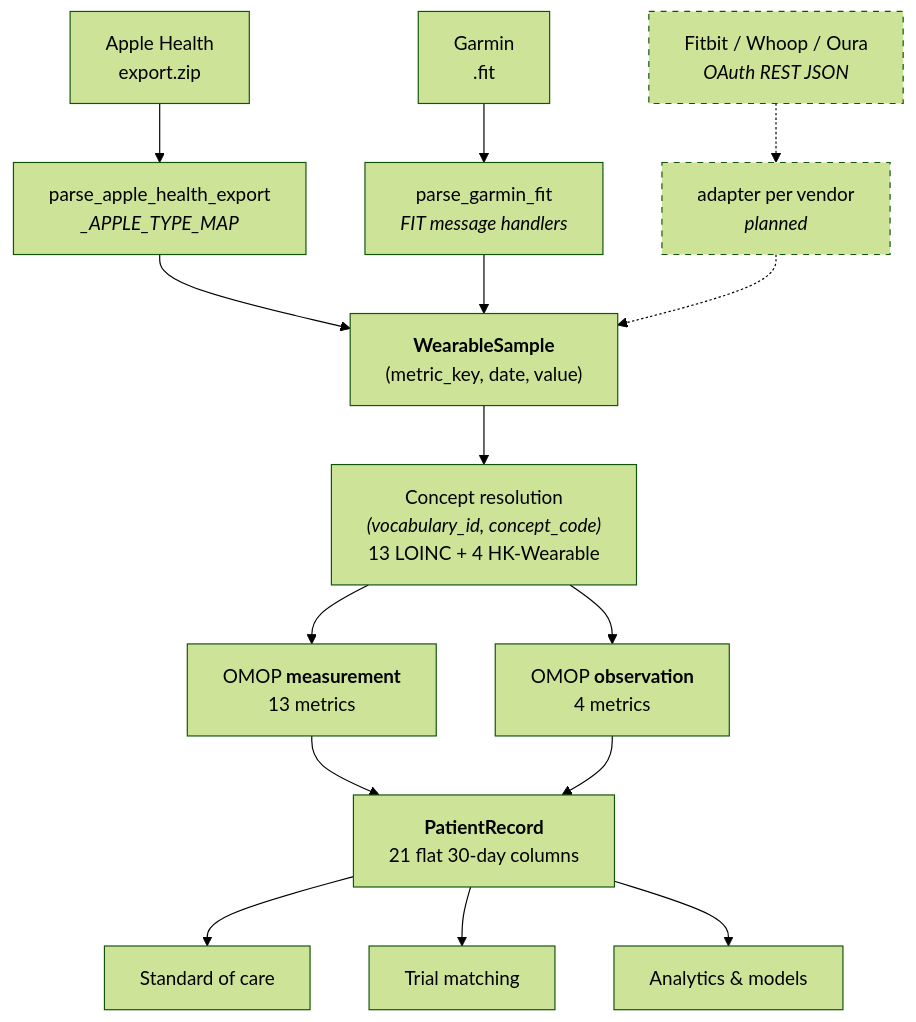
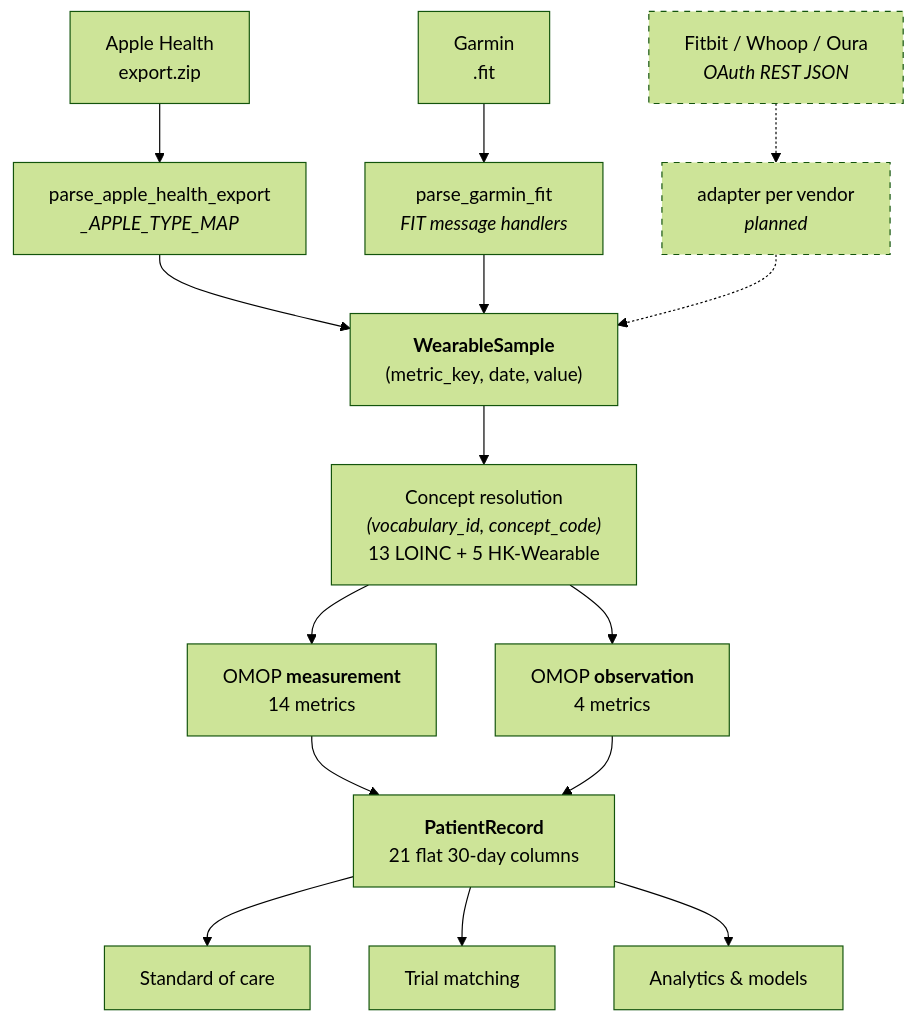
Before and after one commit to healthkey-ai/promop: the diagram in docs/decision-ready-wearables.md, drawn with Mermaid (forest theme). The commit also changed other lines of this file and 15 other files, not shown here.

````diff
--- a/docs/decision-ready-wearables.md
+++ b/docs/decision-ready-wearables.md
@@ -49,20 +49,20 @@
 ```mermaid
 flowchart TB
     A["Apple Health<br/>export.zip"] --> AP["parse_apple_health_export<br/><i>_APPLE_TYPE_MAP</i>"]
     G["Garmin<br/>.fit"] --> GP["parse_garmin_fit<br/><i>FIT message handlers</i>"]
     F["Fitbit / Whoop / Oura<br/><i>OAuth REST JSON</i>"] -.-> FP["adapter per vendor<br/><i>planned</i>"]
     AP --> WS["<b>WearableSample</b><br/>(metric_key, date, value)"]
     GP --> WS
     FP -.-> WS
-    WS --> C["Concept resolution<br/><i>(vocabulary_id, concept_code)</i><br/>13 LOINC + 4 HK-Wearable"]
-    C --> M["OMOP <b>measurement</b><br/>13 metrics"]
+    WS --> C["Concept resolution<br/><i>(vocabulary_id, concept_code)</i><br/>13 LOINC + 5 HK-Wearable"]
+    C --> M["OMOP <b>measurement</b><br/>14 metrics"]
     C --> O["OMOP <b>observation</b><br/>4 metrics"]
     M --> PR["<b>PatientRecord</b><br/>21 flat 30-day columns"]
     O --> PR
     PR --> D1["Standard of care"]
     PR --> D2["Trial matching"]
     PR --> D3["Analytics & models"]
 
     classDef planned stroke-dasharray:5 5
     class F,FP planned
 ```
````
